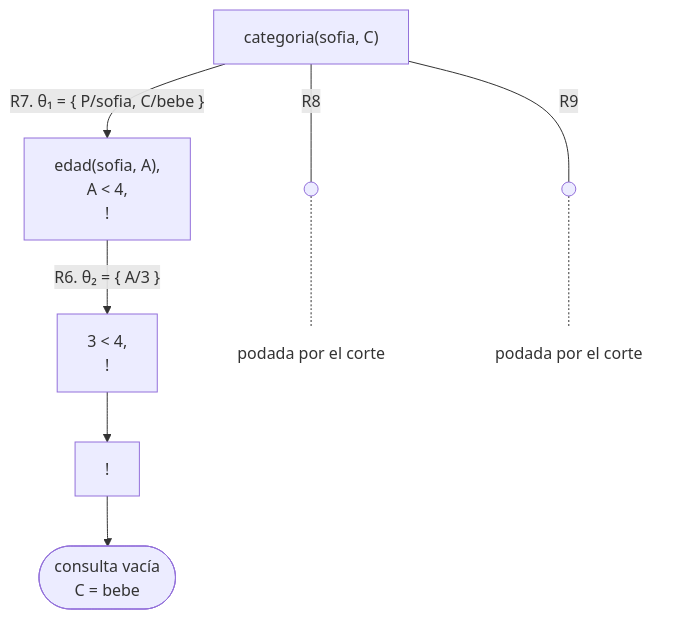
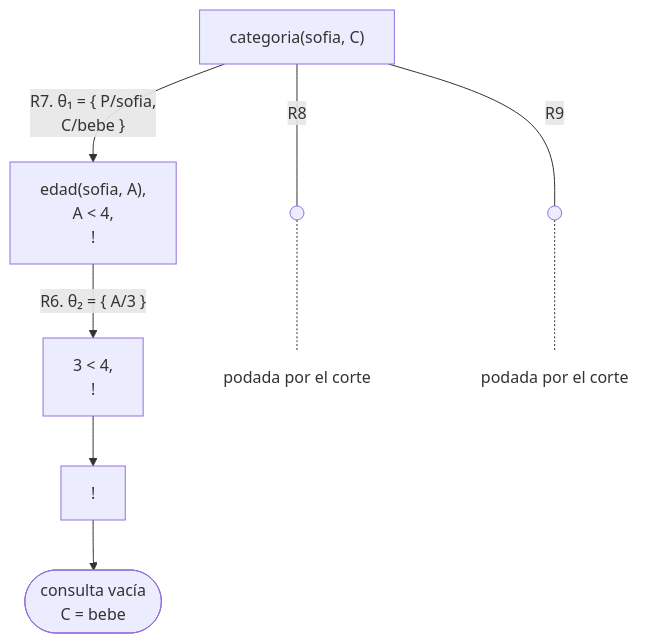
One commit to CesarBallardini/curso-de-prolog changed the second of 4 diagrams in docs/capitulo-09-backtracking-y-corte/index.md. Above: the diagram before and after it, drawn with Mermaid. The commit also changed other lines of this file and 24 other files, not shown here.

First line of the commit message:
feat(docs): botones para ocultar las columnas laterales y etiquetas cortas en los diagramas

````diff
--- a/docs/capitulo-09-backtracking-y-corte/index.md
+++ b/docs/capitulo-09-backtracking-y-corte/index.md
@@ -159,11 +159,11 @@
 ```mermaid
 flowchart TD
-    A["categoria(sofia, C)"] -- "R7. θ₁ = {&nbsp;P/sofia, C/bebe&nbsp;}" --> B["edad(sofia, A),<br/>A < 4,<br/>!"]
+    A["categoria(sofia, C)"] -- "R7. θ₁ = {&nbsp;P/sofia,<br/>C/bebe&nbsp;}" --> B["edad(sofia, A),<br/>A < 4,<br/>!"]
     B -- "R6. θ₂ = {&nbsp;A/3&nbsp;}" --> B2["3 < 4,<br/>!"]
     B2 --> B3["!"]
     B3 --> S(["consulta vacía<br/>C = bebe"])
     A -- "R8" --- p1@{ shape: sm-circ } -.- n1["podada por el corte"]
     A -- "R9" --- p2@{ shape: sm-circ } -.- n2["podada por el corte"]
     classDef abierto fill:none,stroke:none;
     class n1,n2 abierto;
 ```
````
